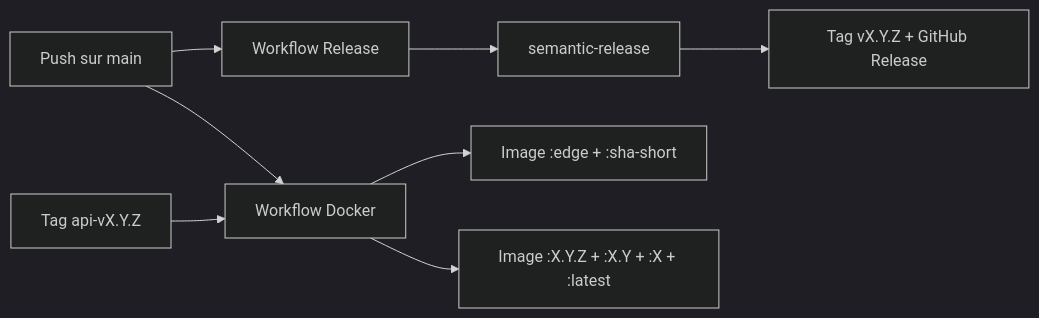
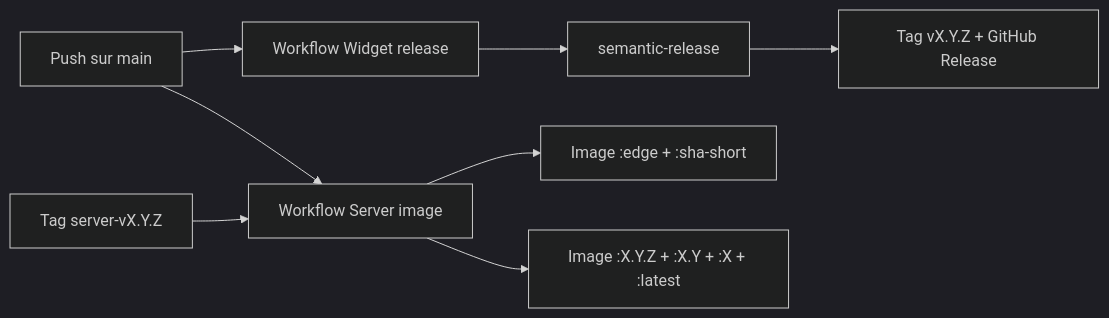
One commit to Wifsimster/koe changed the diagram in docs/release-npm.md. Above: the diagram before and after it, drawn with Mermaid (dark theme). The commit also changed other lines of this file and 8 other files, not shown here.

First line of the commit message:
chore: rename docker image from koe-api to koe-server

````diff
--- a/docs/release-npm.md
+++ b/docs/release-npm.md
@@ -17,10 +17,10 @@
 ```mermaid
 graph LR
-    A[Push sur main] --> B[Workflow Release]
-    A --> D[Workflow Docker]
+    A[Push sur main] --> B[Workflow Widget release]
+    A --> D[Workflow Server image]
     B --> C[semantic-release]
     C --> C1[Tag vX.Y.Z + GitHub Release]
     D --> D1[Image :edge + :sha-short]
-    T[Tag api-vX.Y.Z] --> D
+    T[Tag server-vX.Y.Z] --> D
     D --> D2[Image :X.Y.Z + :X.Y + :X + :latest]
 ```
````
